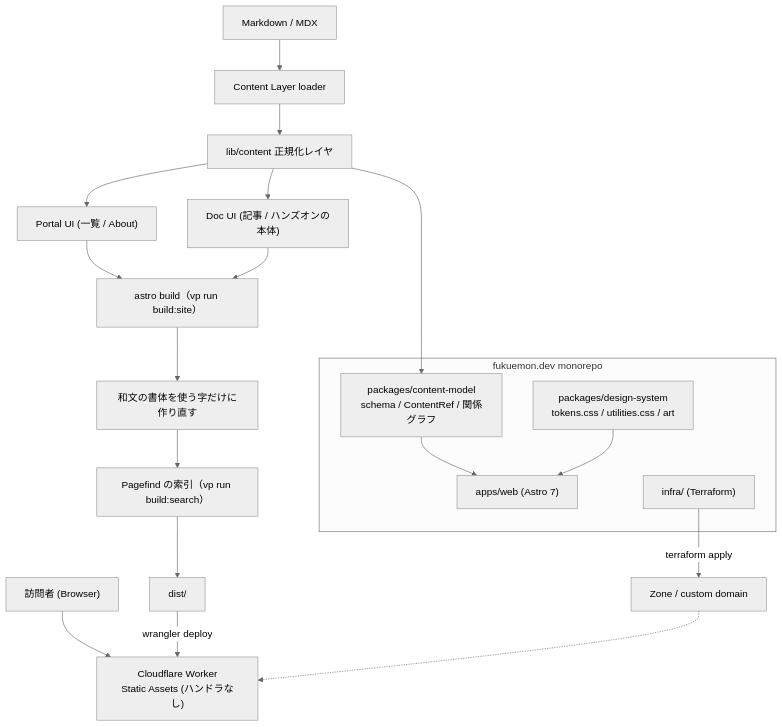
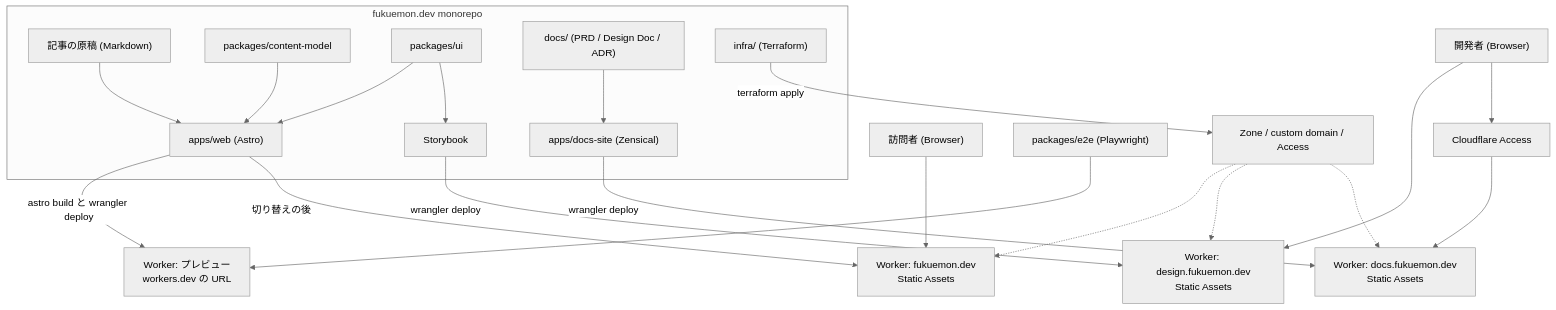
The first of 2 diagrams in design/DesignDoc.md (Fukuemon/fukuemon.dev), drawn with Mermaid (neutral theme) before and after one commit. The commit also changed other lines of this file, not shown here.

Commit message:
docs(design): 全体の Design Doc を新しい構成で書き直す #33

````diff
--- a/design/DesignDoc.md
+++ b/design/DesignDoc.md
@@ -79,27 +63,26 @@
 ```mermaid
 flowchart TD
-    reader["訪問者 (Browser)"] --> worker["Cloudflare Worker<br/>Static Assets (ハンドラなし)"]
+    reader["訪問者 (Browser)"] --> site["Worker: fukuemon.dev<br/>Static Assets"]
+    dev["開発者 (Browser)"] --> catalog["Worker: design.fukuemon.dev<br/>Static Assets"]
+    dev --> access["Cloudflare Access"]
+    access --> docsw["Worker: docs.fukuemon.dev<br/>Static Assets"]
+    e2e["packages/e2e (Playwright)"] --> preview["Worker: プレビュー<br/>workers.dev の URL"]
 
     subgraph repo ["fukuemon.dev monorepo"]
-        cm["packages/content-model<br/>schema / ContentRef / 関係グラフ"]
-        ds["packages/design-system<br/>tokens.css / utilities.css / art"]
-        web["apps/web (Astro 7)"]
+        md["記事の原稿 (Markdown)"] --> web["apps/web (Astro)"]
+        cm["packages/content-model"] --> web
+        ui["packages/ui"] --> web
+        ui --> sb["Storybook"]
+        docs["docs/ (PRD / Design Doc / ADR)"] --> ds["apps/docs-site (Zensical)"]
         infra["infra/ (Terraform)"]
-        cm --> web
-        ds --> web
     end
 
-    md["Markdown / MDX"] --> loader["Content Layer loader"]
-    loader --> adapter["lib/content 正規化レイヤ"]
-    adapter --> cm
-    adapter --> pages["Portal UI (一覧 / About)"]
-    adapter --> doc["Doc UI (記事 / ハンズオンの本体)"]
-    pages --> build["astro build（vp run build:site）"]
-    doc --> build
-    build --> fonts["和文の書体を使う字だけに作り直す"]
-    fonts --> search["Pagefind の索引（vp run build:search）"]
-    search --> dist["dist/"]
-    dist -->|"wrangler deploy"| worker
-    infra -->|"terraform apply"| cfbase["Zone / custom domain"]
-    cfbase -.-> worker
+    web -->|"astro build と wrangler deploy"| preview
+    web -->|"切り替えの後"| site
+    sb -->|"wrangler deploy"| catalog
+    ds -->|"wrangler deploy"| docsw
+    infra -->|"terraform apply"| cfbase["Zone / custom domain / Access"]
+    cfbase -.-> site
+    cfbase -.-> catalog
+    cfbase -.-> docsw
 ```
````
